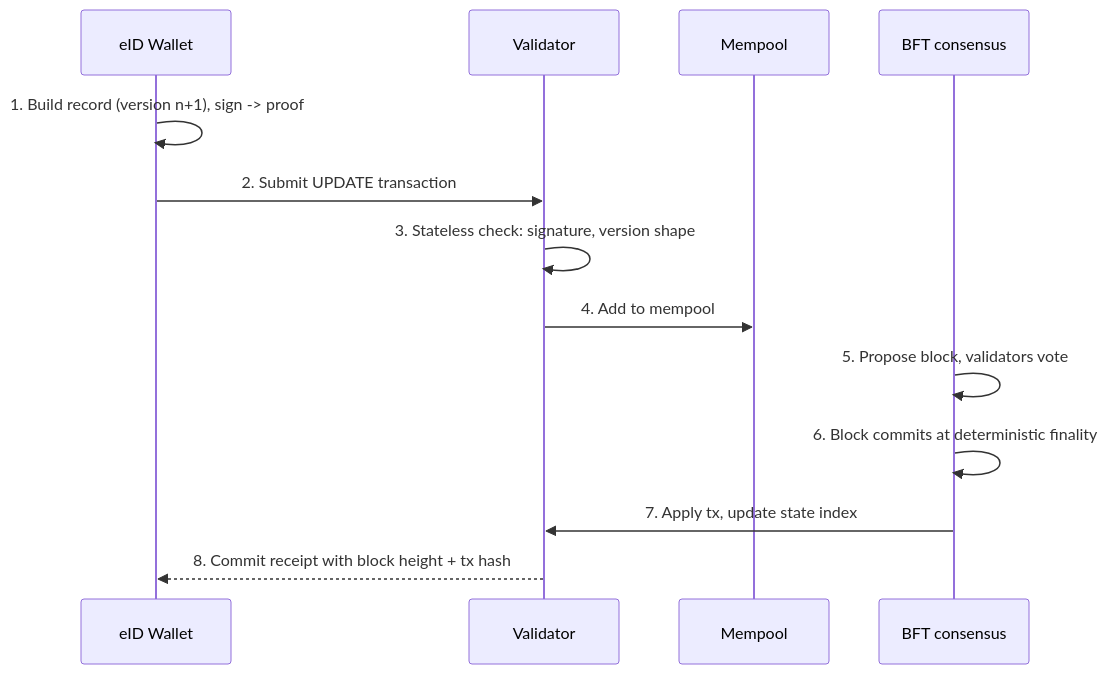
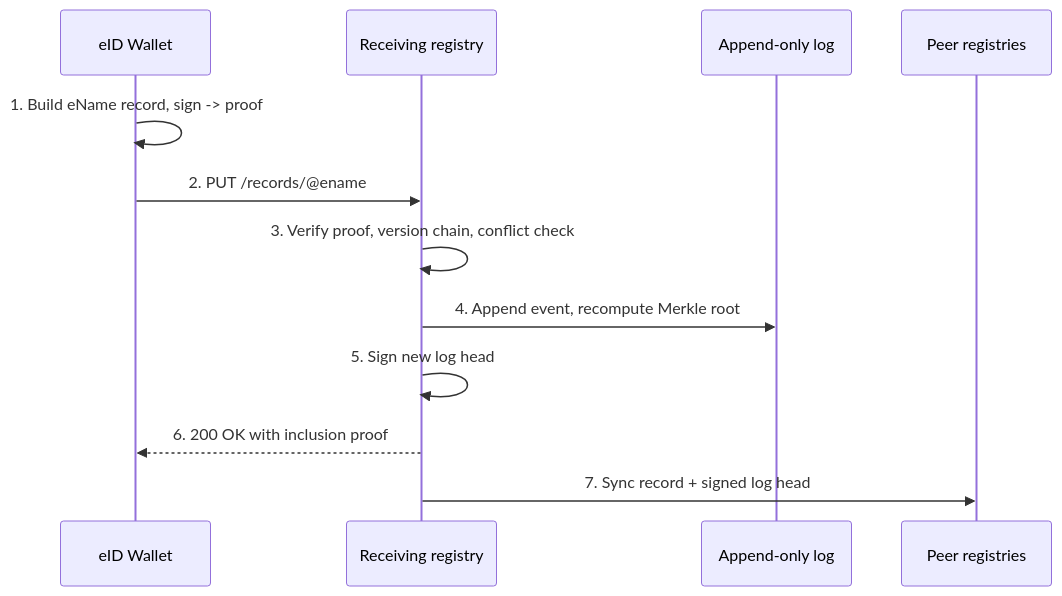
The second of 4 diagrams in content/docs/architecture/decentralised-registry/ledger-anchored.md (w3ds-docs/w3ds-docs), drawn with Mermaid before and after one commit. The commit also changed other lines of this file and 4 other files, not shown here.

````diff
--- a/content/docs/architecture/decentralised-registry/ledger-anchored.md
+++ b/content/docs/architecture/decentralised-registry/ledger-anchored.md
@@ -109,15 +78,14 @@
 ```mermaid
 sequenceDiagram
     participant Wallet as eID Wallet
-    participant V as Validator
-    participant Mempool as Mempool
-    participant BFT as BFT consensus
-    Wallet->>Wallet: 1. Build record (version n+1), sign -> proof
-    Wallet->>V: 2. Submit UPDATE transaction
-    V->>V: 3. Stateless check: signature, version shape
-    V->>Mempool: 4. Add to mempool
-    BFT->>BFT: 5. Propose block, validators vote
-    BFT->>BFT: 6. Block commits at deterministic finality
-    BFT->>V: 7. Apply tx, update state index
-    V-->>Wallet: 8. Commit receipt with block height + tx hash
+    participant R as Receiving registry
+    participant Log as Append-only log
+    participant Peers as Peer registries
+    Wallet->>Wallet: 1. Build eName record, sign -> proof
+    Wallet->>R: 2. PUT /records/@ename
+    R->>R: 3. Verify proof, version chain, conflict check
+    R->>Log: 4. Append event, recompute Merkle root
+    R->>R: 5. Sign new log head
+    R-->>Wallet: 6. 200 OK with inclusion proof
+    R->>Peers: 7. Sync record + signed log head
 ```
````
